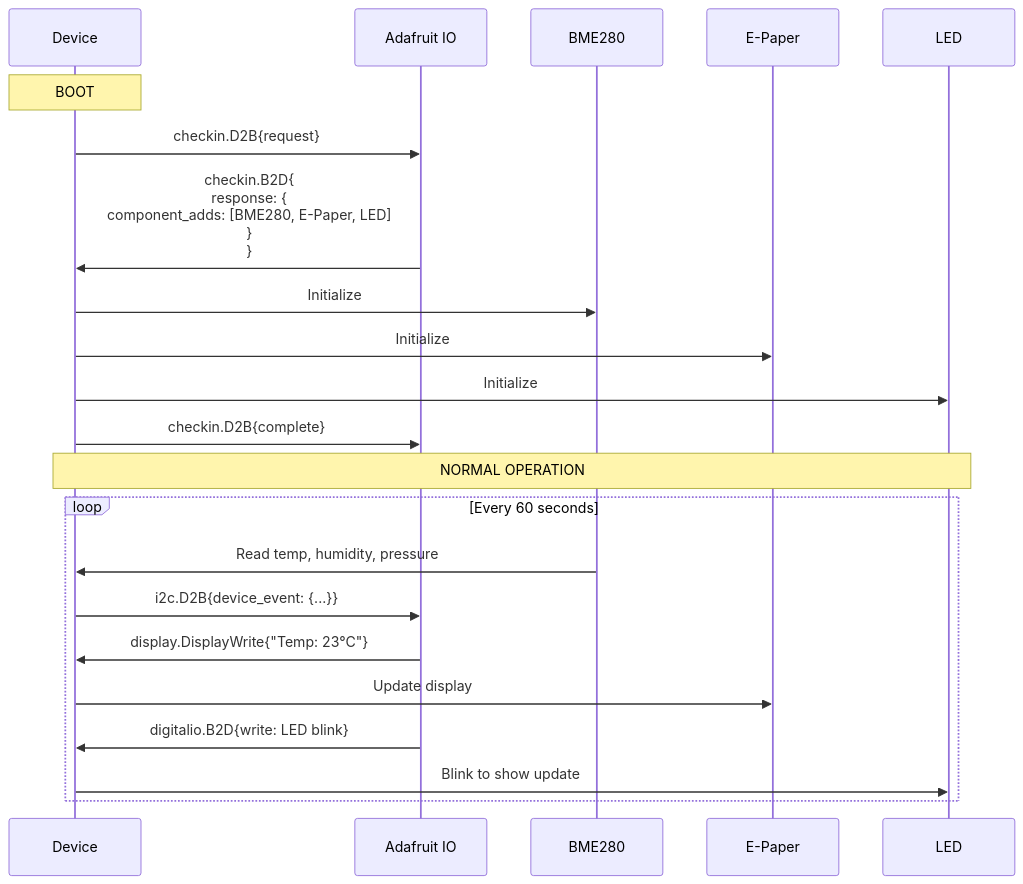
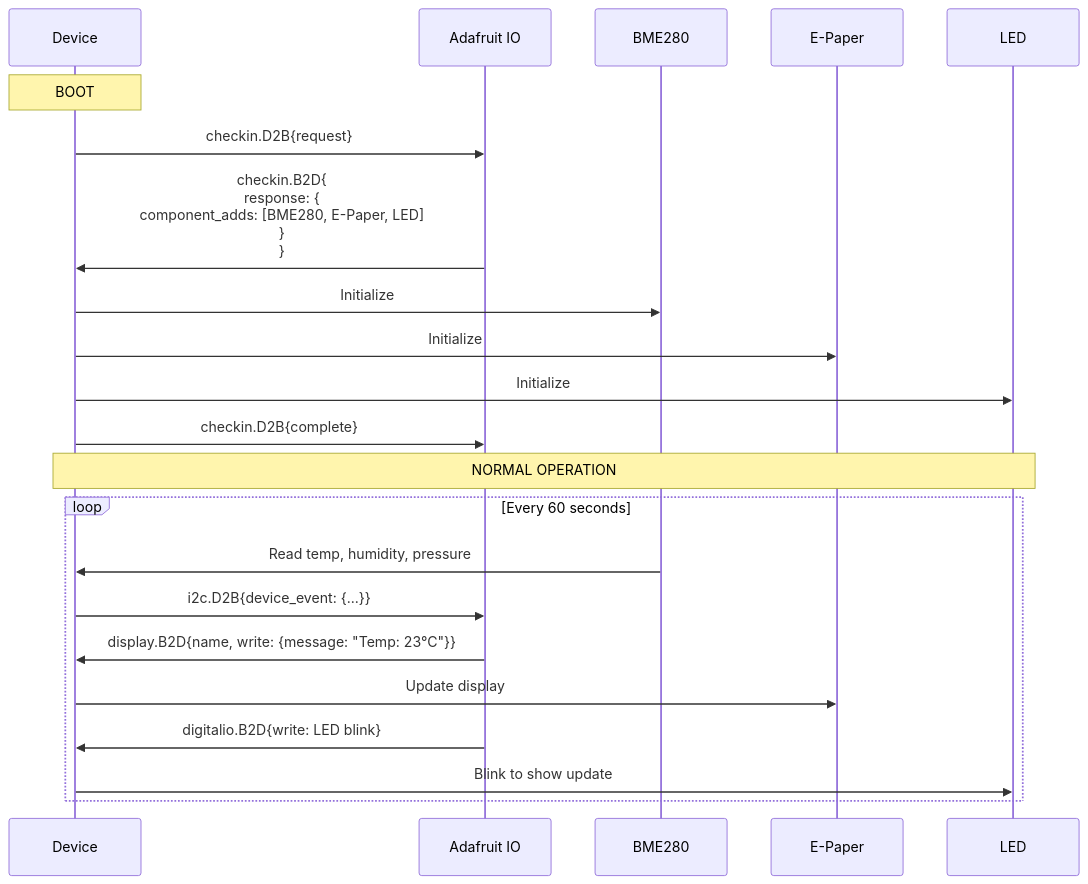
Before and after one commit to adafruit/Wippersnapper_Protobuf: diagram 12 of 13 in proto/wippersnapper/docs/wippersnapper_device_overview.md, drawn with Mermaid. The commit also changed other lines of this file and 10 other files, not shown here.

````diff
--- a/proto/wippersnapper/docs/wippersnapper_device_overview.md
+++ b/proto/wippersnapper/docs/wippersnapper_device_overview.md
@@ -650,30 +656,30 @@
 ```mermaid
 sequenceDiagram
     participant Device
     participant IO as Adafruit IO
     participant BME as BME280
     participant Display as E-Paper
     participant LED
 
     Note over Device: BOOT
 
     Device->>IO: checkin.D2B{request}
     IO->>Device: checkin.B2D{<br/>  response: {<br/>    component_adds: [BME280, E-Paper, LED]<br/>  }<br/>}
 
     Device->>BME: Initialize
     Device->>Display: Initialize
     Device->>LED: Initialize
 
     Device->>IO: checkin.D2B{complete}
 
     Note over Device,LED: NORMAL OPERATION
 
     loop Every 60 seconds
         BME->>Device: Read temp, humidity, pressure
         Device->>IO: i2c.D2B{device_event: {...}}
-        IO->>Device: display.DisplayWrite{"Temp: 23°C"}
+        IO->>Device: display.B2D{name, write: {message: "Temp: 23°C"}}
         Device->>Display: Update display
         IO->>Device: digitalio.B2D{write: LED blink}
         Device->>LED: Blink to show update
     end
 ```
````
